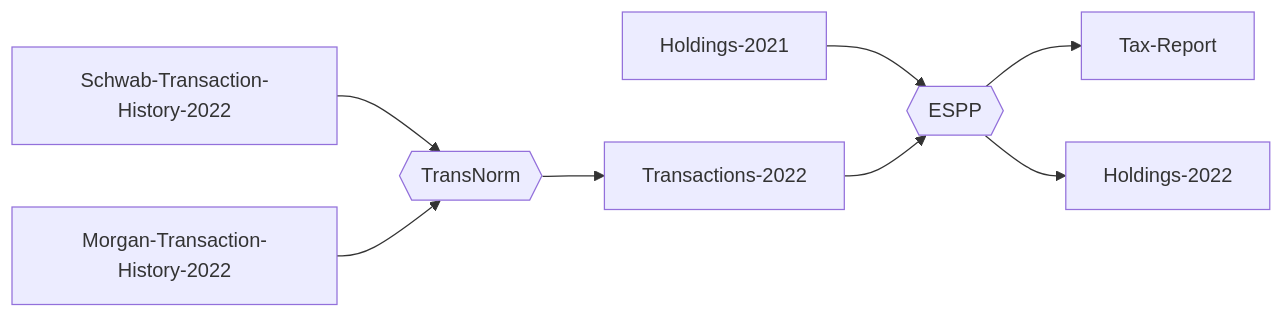
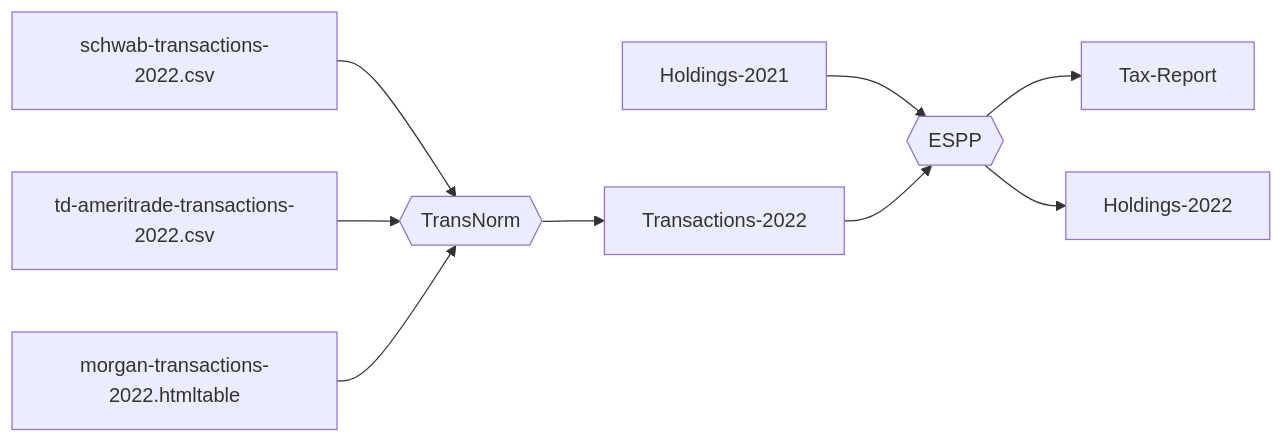
One commit to otroan/ESPP2 changed the first of 2 diagrams in README.md. Above: the diagram before and after it, drawn with Mermaid. The commit also changed other lines of this file and 10 other files, not shown here.

````diff
--- a/README.md
+++ b/README.md
@@ -8,9 +8,10 @@
 ```mermaid
 graph LR;
     Holdings-2021-->ESPP{{ESPP}}
     Transactions-2022-->ESPP
     ESPP-->Tax-Report
     ESPP-->Holdings-2022
-    Schwab-Transaction-History-2022-->TransNorm{{TransNorm}}
-    Morgan-Transaction-History-2022-->TransNorm-->Transactions-2022
+    Schwab["schwab-transactions-2022.csv"]-->TransNorm{{TransNorm}}
+    TD["td-ameritrade-transactions-2022.csv"]-->TransNorm{{TransNorm}}
+    Morgan["morgan-transactions-2022.htmltable"]-->TransNorm-->Transactions-2022
 ```
````
